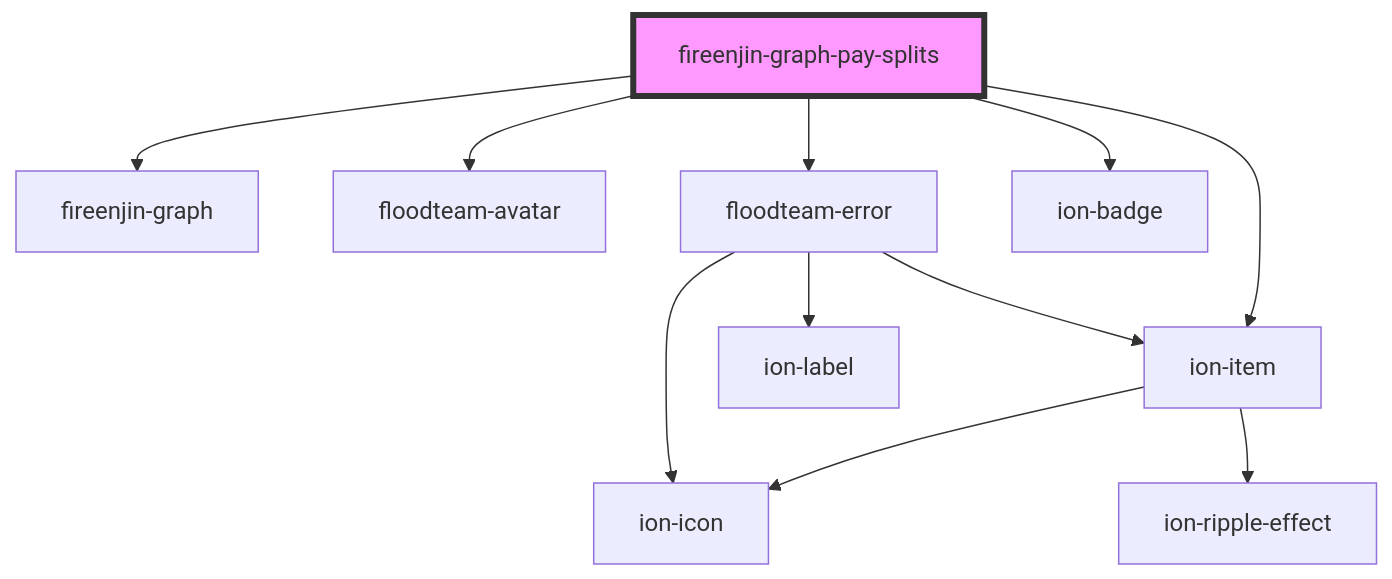
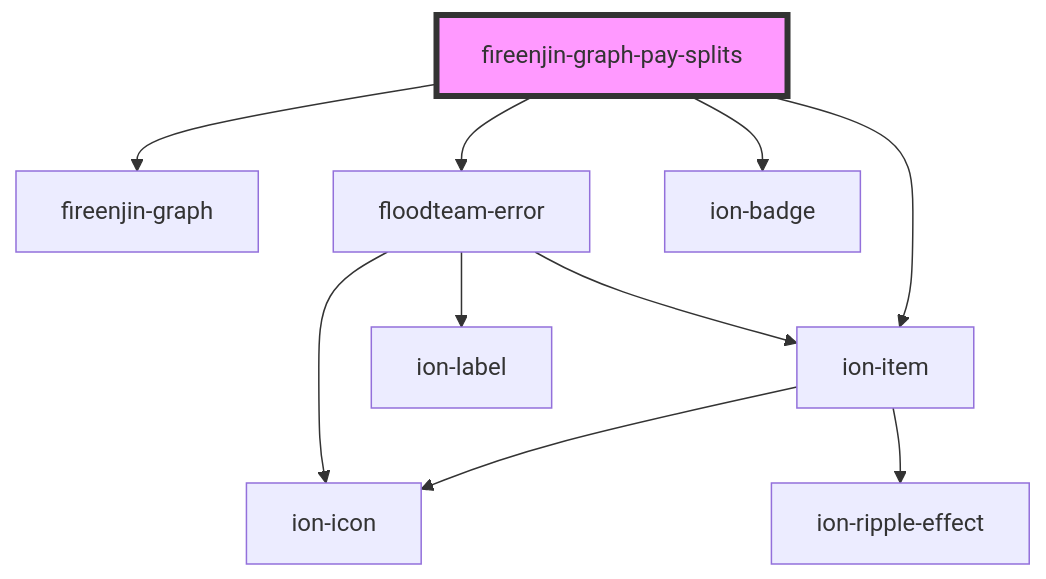
Before and after one commit to FloodTeam/components: the diagram in src/components/graph-pay-splits/readme.md, drawn with Mermaid. The commit also changed other lines of this file and 24 other files, not shown here.

````diff
--- a/src/components/graph-pay-splits/readme.md
+++ b/src/components/graph-pay-splits/readme.md
@@ -40,14 +39,13 @@
 ```mermaid
 graph TD;
   fireenjin-graph-pay-splits --> fireenjin-graph
   fireenjin-graph-pay-splits --> ion-item
-  fireenjin-graph-pay-splits --> floodteam-avatar
   fireenjin-graph-pay-splits --> floodteam-error
   fireenjin-graph-pay-splits --> ion-badge
   ion-item --> ion-icon
   ion-item --> ion-ripple-effect
   floodteam-error --> ion-item
   floodteam-error --> ion-icon
   floodteam-error --> ion-label
   style fireenjin-graph-pay-splits fill:#f9f,stroke:#333,stroke-width:4px
 ```
````
